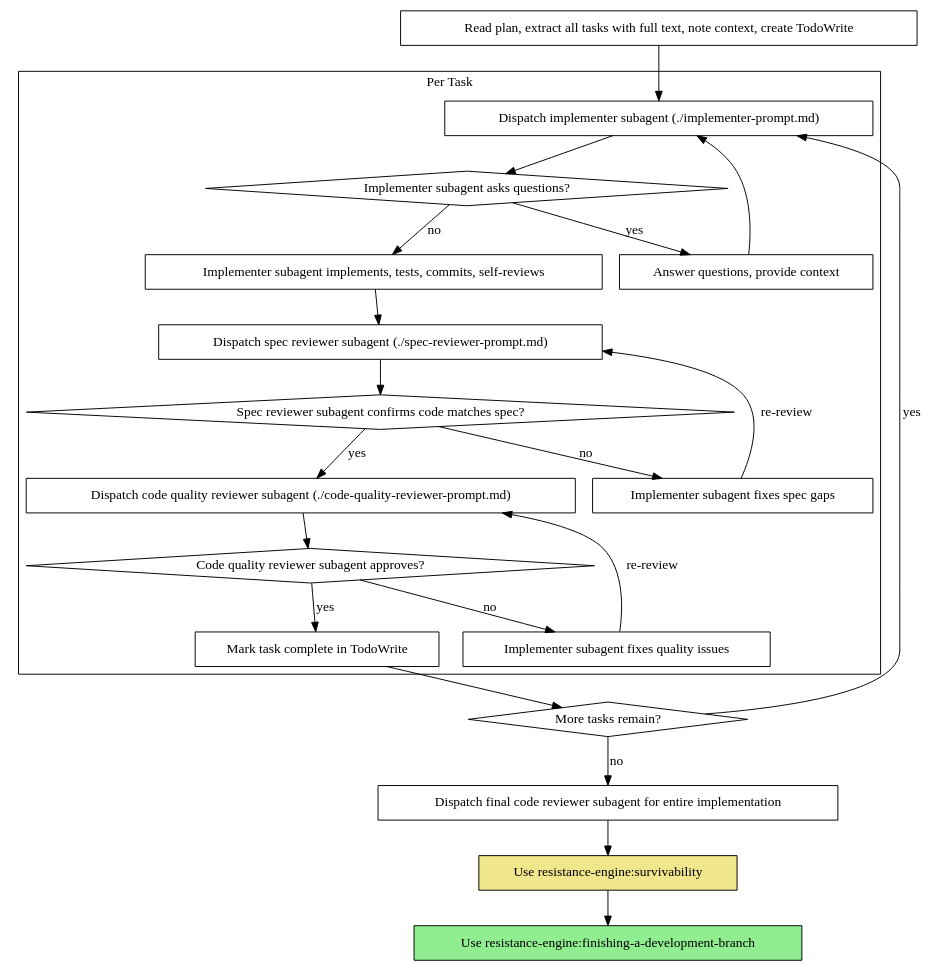
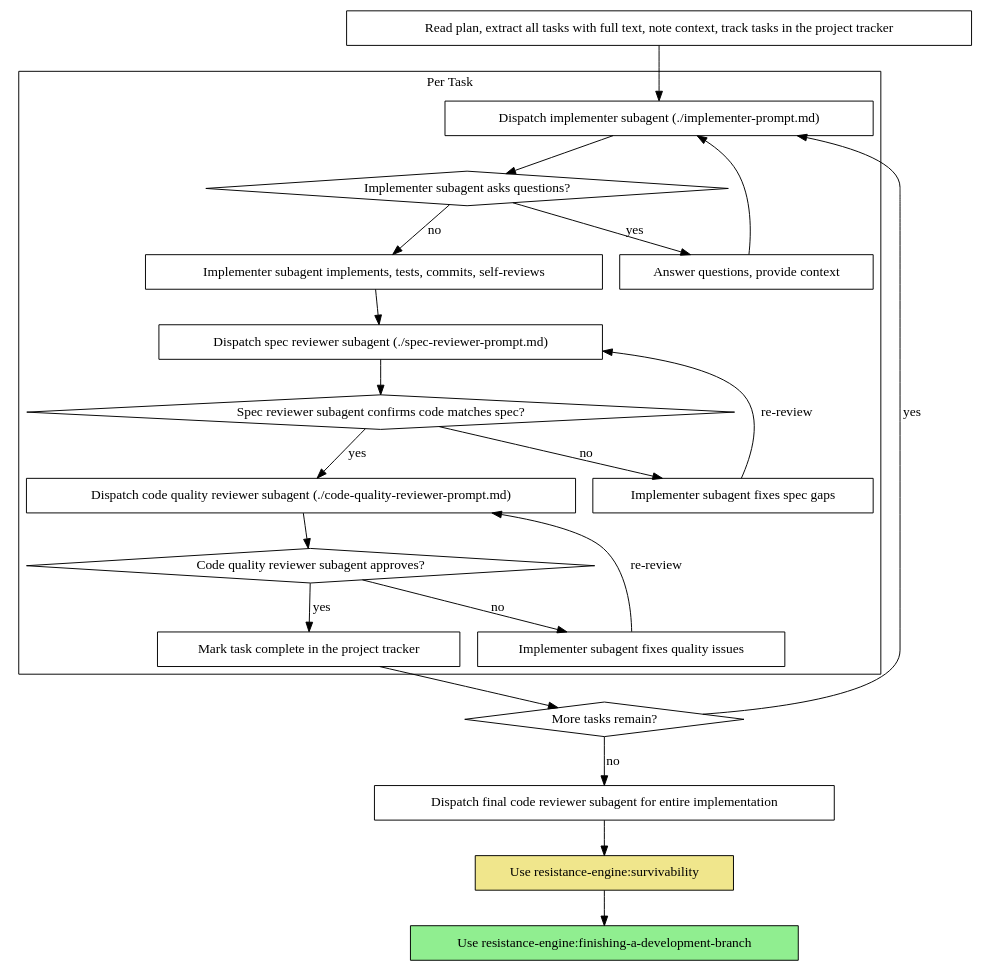
Before and after one commit to Itzalive/resistance-ai: the second of 2 diagrams in skills/subagent-driven-development/SKILL.md, drawn with Graphviz. The commit also changed other lines of this file and 10 other files, not shown here.

````diff
--- a/skills/subagent-driven-development/SKILL.md
+++ b/skills/subagent-driven-development/SKILL.md
@@ -42,46 +42,46 @@
 ```dot
 digraph process {
     rankdir=TB;
 
     subgraph cluster_per_task {
         label="Per Task";
         "Dispatch implementer subagent (./implementer-prompt.md)" [shape=box];
         "Implementer subagent asks questions?" [shape=diamond];
         "Answer questions, provide context" [shape=box];
         "Implementer subagent implements, tests, commits, self-reviews" [shape=box];
         "Dispatch spec reviewer subagent (./spec-reviewer-prompt.md)" [shape=box];
         "Spec reviewer subagent confirms code matches spec?" [shape=diamond];
         "Implementer subagent fixes spec gaps" [shape=box];
         "Dispatch code quality reviewer subagent (./code-quality-reviewer-prompt.md)" [shape=box];
         "Code quality reviewer subagent approves?" [shape=diamond];
         "Implementer subagent fixes quality issues" [shape=box];
-        "Mark task complete in TodoWrite" [shape=box];
+        "Mark task complete in the project tracker" [shape=box];
     }
 
-    "Read plan, extract all tasks with full text, note context, create TodoWrite" [shape=box];
+    "Read plan, extract all tasks with full text, note context, track tasks in the project tracker" [shape=box];
     "More tasks remain?" [shape=diamond];
     "Dispatch final code reviewer subagent for entire implementation" [shape=box];
     "Use resistance-engine:survivability" [shape=box style=filled fillcolor=khaki];
     "Use resistance-engine:finishing-a-development-branch" [shape=box style=filled fillcolor=lightgreen];
 
-    "Read plan, extract all tasks with full text, note context, create TodoWrite" -> "Dispatch implementer subagent (./implementer-prompt.md)";
+    "Read plan, extract all tasks with full text, note context, track tasks in the project tracker" -> "Dispatch implementer subagent (./implementer-prompt.md)";
     "Dispatch implementer subagent (./implementer-prompt.md)" -> "Implementer subagent asks questions?";
     "Implementer subagent asks questions?" -> "Answer questions, provide context" [label="yes"];
     "Answer questions, provide context" -> "Dispatch implementer subagent (./implementer-prompt.md)";
     "Implementer subagent asks questions?" -> "Implementer subagent implements, tests, commits, self-reviews" [label="no"];
     "Implementer subagent implements, tests, commits, self-reviews" -> "Dispatch spec reviewer subagent (./spec-reviewer-prompt.md)";
     "Dispatch spec reviewer subagent (./spec-reviewer-prompt.md)" -> "Spec reviewer subagent confirms code matches spec?";
     "Spec reviewer subagent confirms code matches spec?" -> "Implementer subagent fixes spec gaps" [label="no"];
     "Implementer subagent fixes spec gaps" -> "Dispatch spec reviewer subagent (./spec-reviewer-prompt.md)" [label="re-review"];
     "Spec reviewer subagent confirms code matches spec?" -> "Dispatch code quality reviewer subagent (./code-quality-reviewer-prompt.md)" [label="yes"];
     "Dispatch code quality reviewer subagent (./code-quality-reviewer-prompt.md)" -> "Code quality reviewer subagent approves?";
     "Code quality reviewer subagent approves?" -> "Implementer subagent fixes quality issues" [label="no"];
     "Implementer subagent fixes quality issues" -> "Dispatch code quality reviewer subagent (./code-quality-reviewer-prompt.md)" [label="re-review"];
-    "Code quality reviewer subagent approves?" -> "Mark task complete in TodoWrite" [label="yes"];
-    "Mark task complete in TodoWrite" -> "More tasks remain?";
+    "Code quality reviewer subagent approves?" -> "Mark task complete in the project tracker" [label="yes"];
+    "Mark task complete in the project tracker" -> "More tasks remain?";
     "More tasks remain?" -> "Dispatch implementer subagent (./implementer-prompt.md)" [label="yes"];
     "More tasks remain?" -> "Dispatch final code reviewer subagent for entire implementation" [label="no"];
     "Dispatch final code reviewer subagent for entire implementation" -> "Use resistance-engine:survivability";
     "Use resistance-engine:survivability" -> "Use resistance-engine:finishing-a-development-branch";
 }
 ```
````
